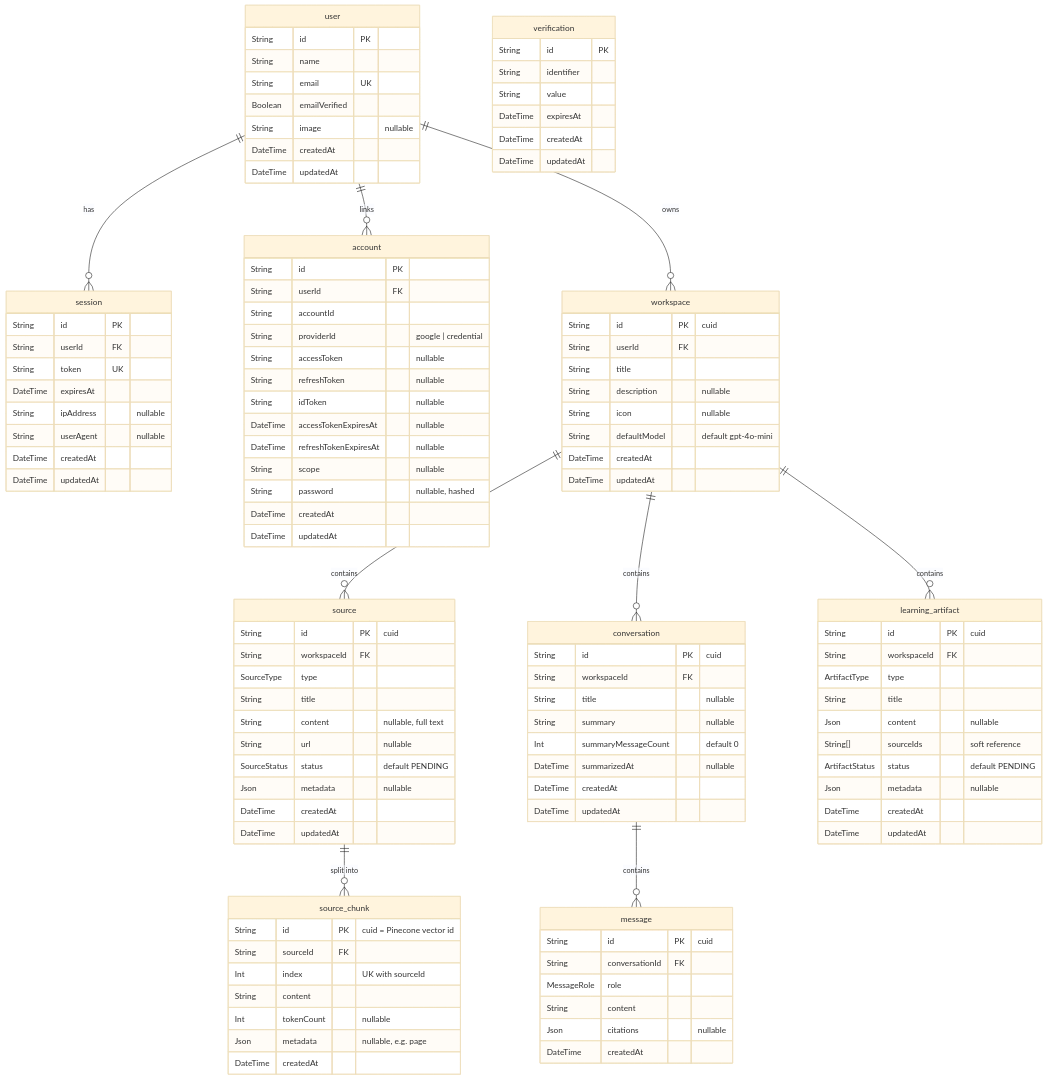
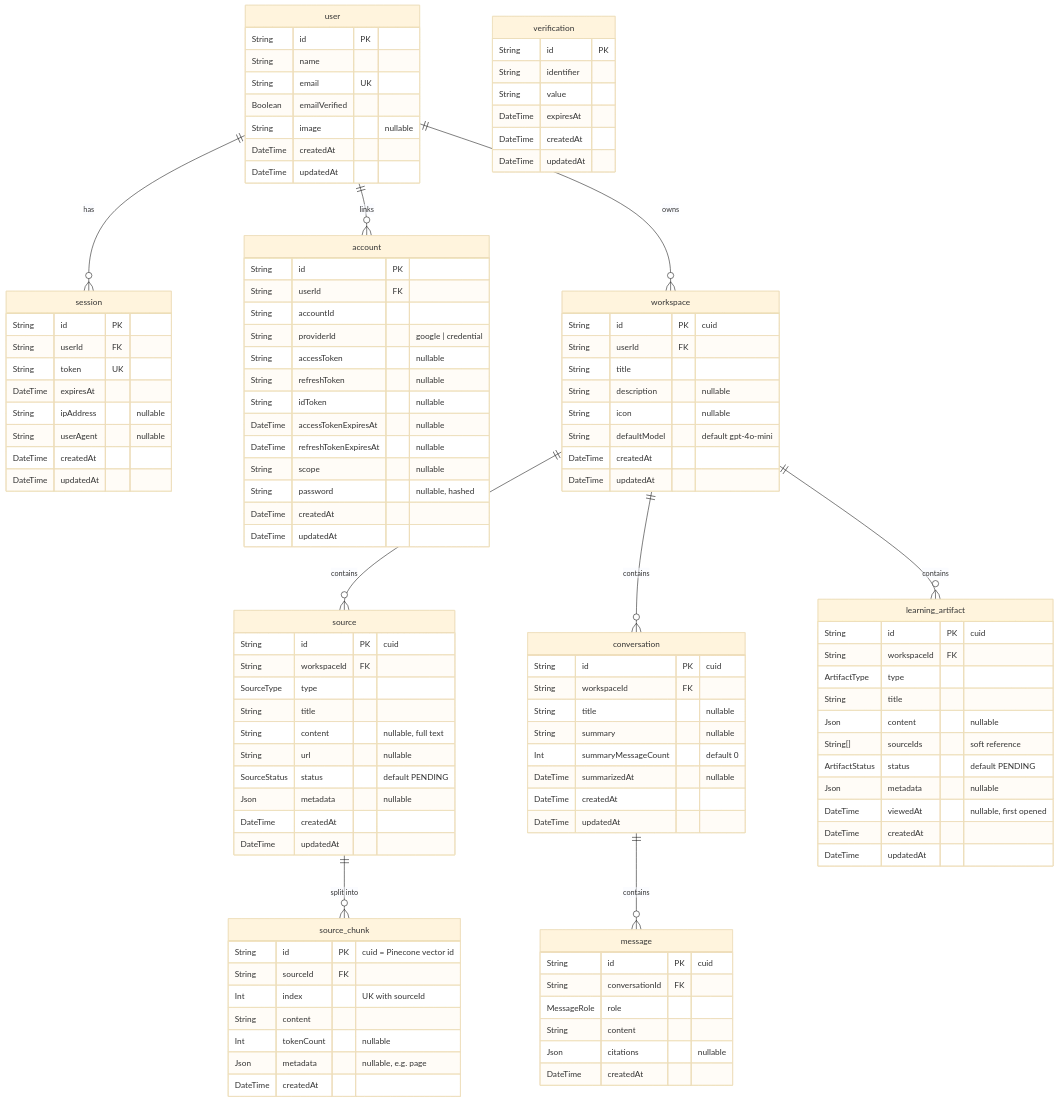
One commit to mohammedsaif001/grounded-brain-notebook-llm changed the second of 6 diagrams in docs/DATABASE.md. Above: the diagram before and after it, drawn with Mermaid (base theme). The commit also changed other lines of this file and 4 other files, not shown here.

```diff
--- a/docs/DATABASE.md
+++ b/docs/DATABASE.md
@@ -173,6 +173,7 @@
         String[] sourceIds "soft reference"
         ArtifactStatus status "default PENDING"
         Json metadata "nullable"
+        DateTime viewedAt "nullable, first opened"
         DateTime createdAt
         DateTime updatedAt
     }
```
